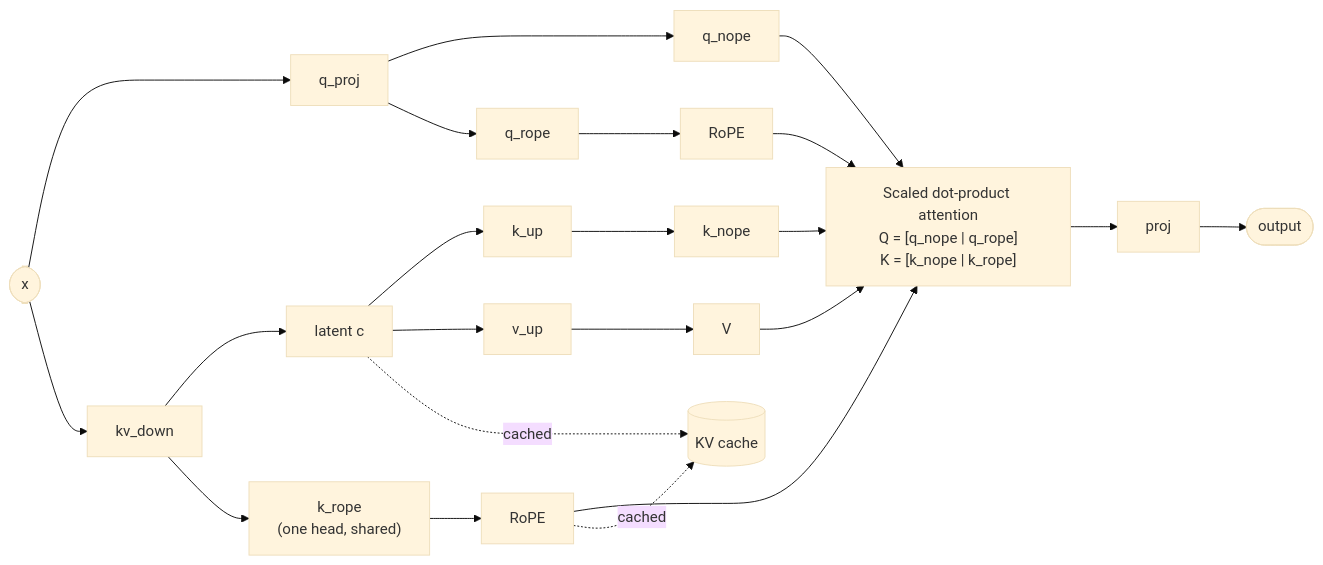
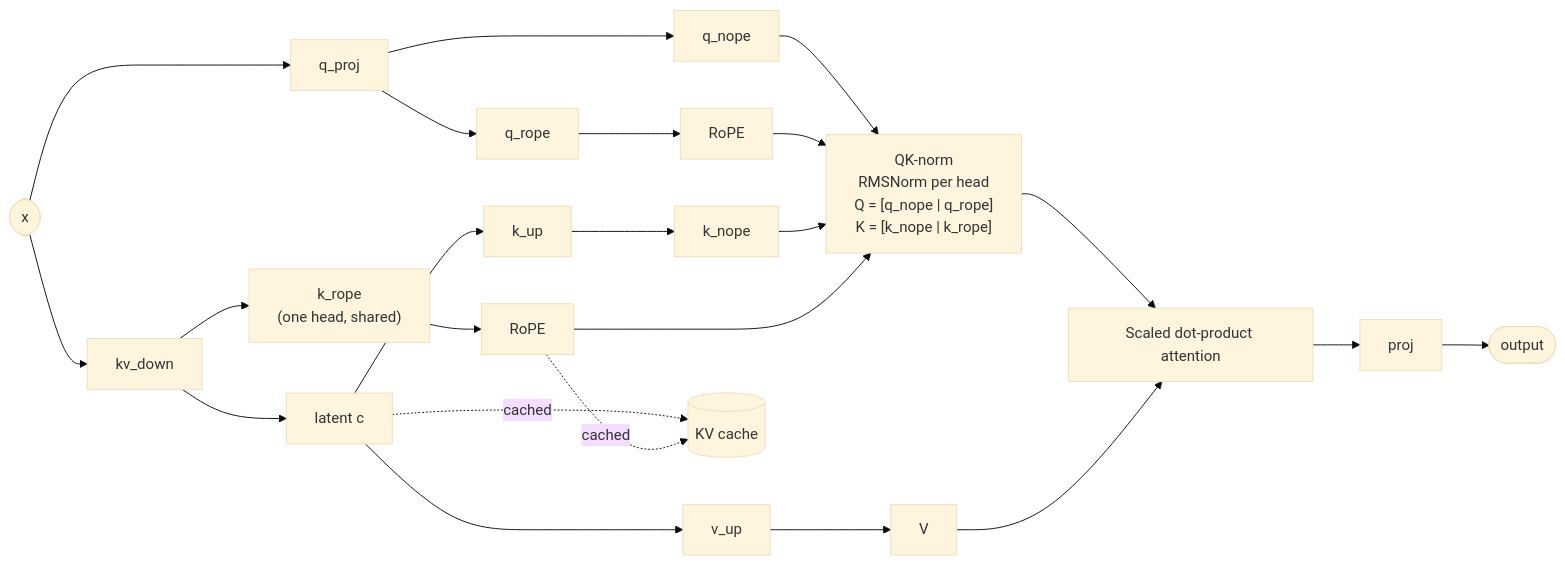
One commit to paragduttaiisc/modern_llms changed the third of 4 diagrams in README.md. Above: the diagram before and after it, drawn with Mermaid (base theme). The commit also changed other lines of this file and 7 other files, not shown here.

````diff
--- a/README.md
+++ b/README.md
@@ -101,25 +101,26 @@
 ```mermaid
 flowchart LR
     x(["x"]) --> qp["q_proj"]
     qp --> qn["q_nope"]
     qp --> qr["q_rope"]
     qr --> rq["RoPE"]
 
     x --> kvd["kv_down"]
     kvd --> c["latent c"]
     kvd --> kr["k_rope<br/>(one head, shared)"]
     kr --> rk["RoPE"]
 
     c --> kup["k_up"] --> kn["k_nope"]
     c --> vup["v_up"] --> v["V"]
 
-    qn --> attn["Scaled dot-product attention<br/>Q = [q_nope | q_rope]<br/>K = [k_nope | k_rope]"]
-    rq --> attn
-    kn --> attn
-    rk --> attn
+    qn --> qkn["QK-norm<br/>RMSNorm per head<br/>Q = [q_nope | q_rope]<br/>K = [k_nope | k_rope]"]
+    rq --> qkn
+    kn --> qkn
+    rk --> qkn
+    qkn --> attn["Scaled dot-product attention"]
     v --> attn
     attn --> proj["proj"] --> out(["output"])
 
     c -. "cached" .-> cache[("KV cache")]
     rk -. "cached" .-> cache
 ```
````
